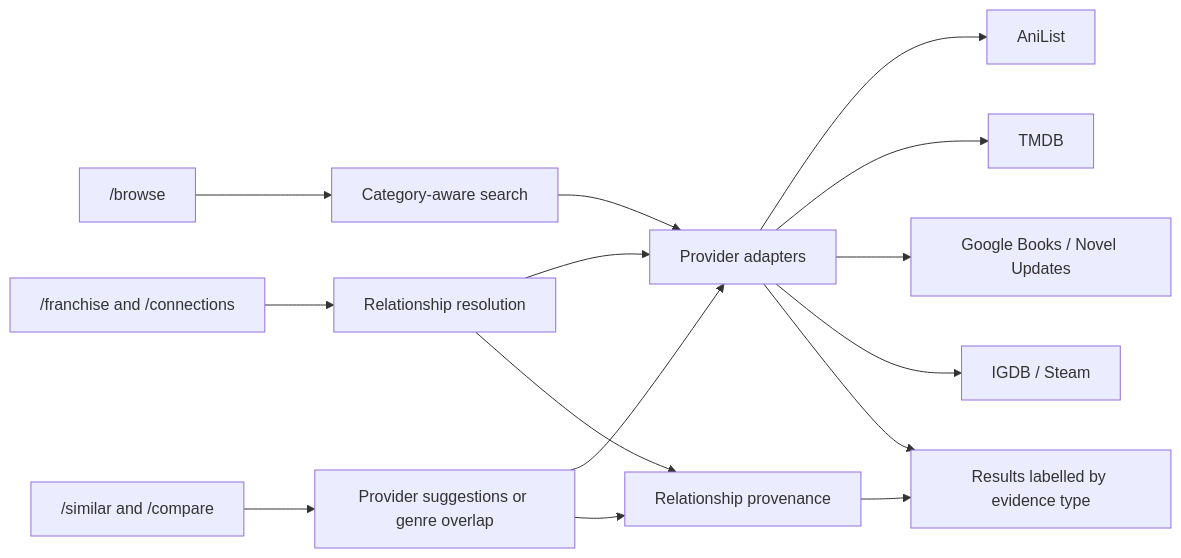
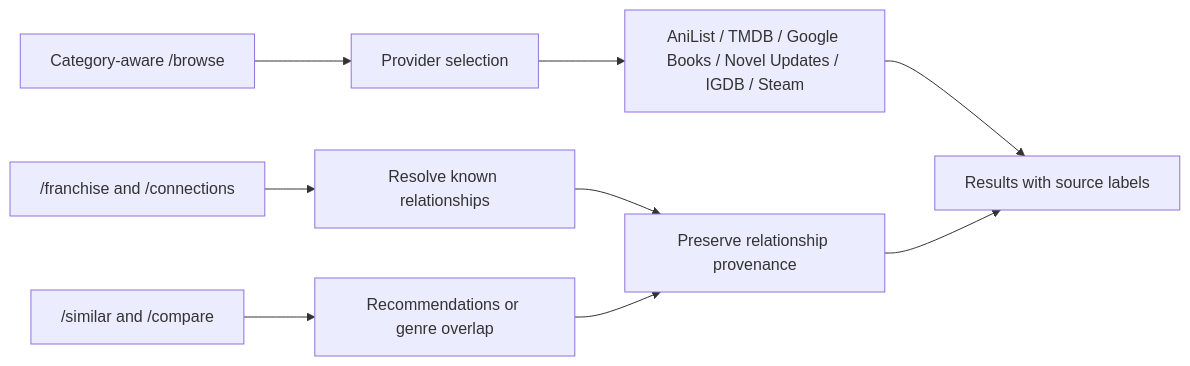
The third of 9 diagrams in README.md (Kyerstorm/Lemegeton), drawn with Mermaid before and after one commit. The commit also changed other lines of this file, not shown here.

Commit message:
Repair README architecture and Mermaid diagrams

````diff
--- a/README.md
+++ b/README.md
@@ -160,17 +146,11 @@
-~~~mermaid
+```mermaid
 flowchart LR
-    BROWSE["/browse"] --> DOMAIN["Category-aware search"]
-    FRANCHISE["/franchise and /connections"] --> RELATIONS["Relationship resolution"]
-    SIMILAR["/similar and /compare"] --> MATCH["Provider suggestions or genre overlap"]
-    DOMAIN --> PROVIDERS["Provider adapters"]
-    RELATIONS --> PROVIDERS
-    MATCH --> PROVIDERS
-    PROVIDERS --> ANILIST["AniList"]
-    PROVIDERS --> TMDB["TMDB"]
-    PROVIDERS --> BOOKS["Google Books / Novel Updates"]
-    PROVIDERS --> GAMES["IGDB / Steam"]
-    RELATIONS --> EVIDENCE["Relationship provenance"]
-    MATCH --> EVIDENCE
-    EVIDENCE --> OUTPUT["Results labelled by evidence type"]
-    PROVIDERS --> OUTPUT
-~~~
+    Search["Category-aware /browse"] --> Router["Provider selection"]
+    Franchise["/franchise and /connections"] --> Relations["Resolve known relationships"]
+    Similar["/similar and /compare"] --> Signals["Recommendations or genre overlap"]
+    Router --> Providers["AniList / TMDB / Google Books / Novel Updates / IGDB / Steam"]
+    Relations --> Evidence["Preserve relationship provenance"]
+    Signals --> Evidence
+    Providers --> Results["Results with source labels"]
+    Evidence --> Results
+```
````
